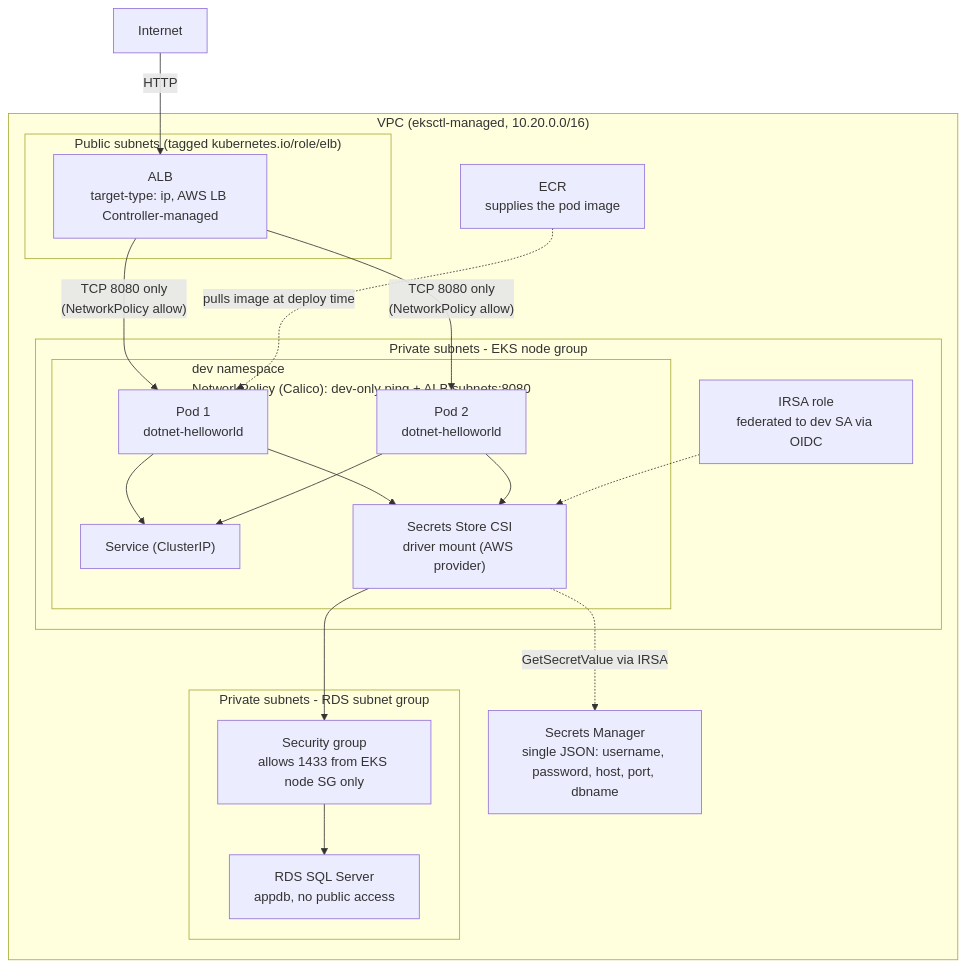
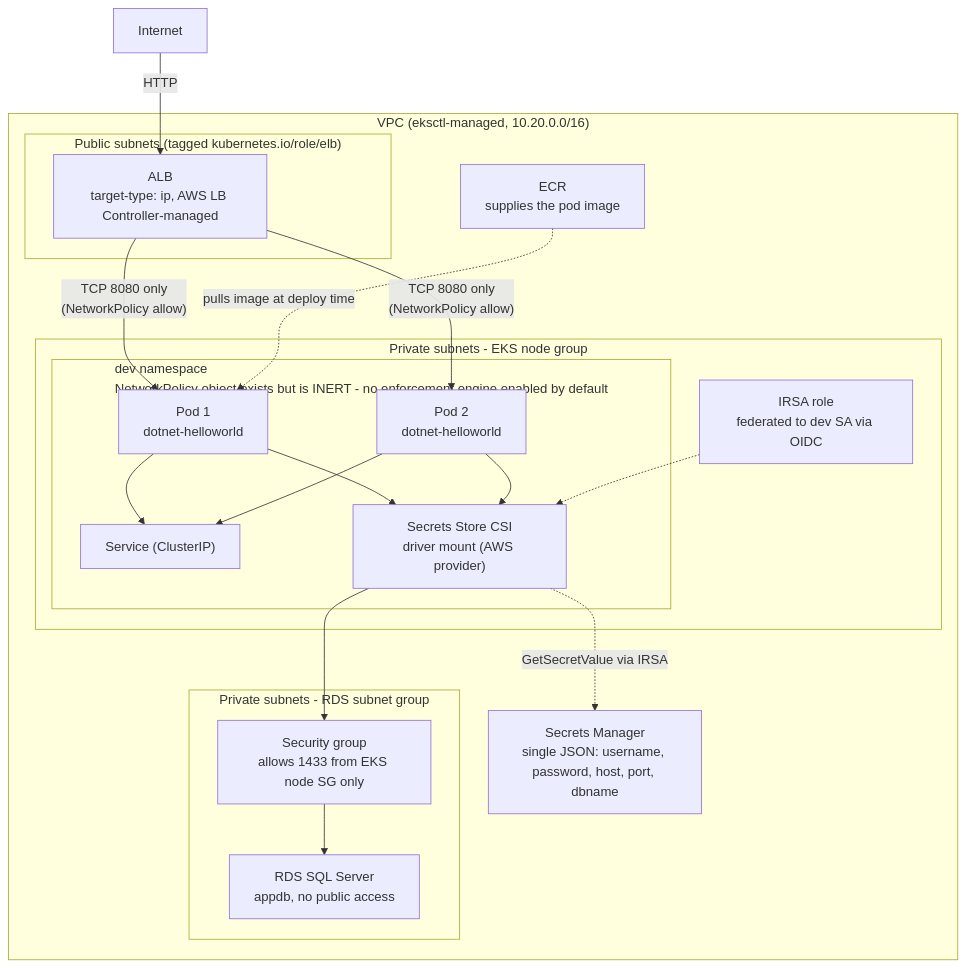
Before and after one commit to mridulsingh8390/K8S-LAB-Script: the diagram in eks-lab/README.md, drawn with Mermaid. The commit also changed other lines of this file and 6 other files, not shown here.

````diff
--- a/eks-lab/README.md
+++ b/eks-lab/README.md
@@ -23,41 +23,41 @@
 ```mermaid
 flowchart TB
     Internet["Internet"]
 
     subgraph VPC["VPC (eksctl-managed, 10.20.0.0/16)"]
         subgraph PUBLIC_SUBNETS["Public subnets (tagged kubernetes.io/role/elb)"]
             ALB["ALB<br/>target-type: ip, AWS LB Controller-managed"]
         end
 
         subgraph PRIVATE_SUBNETS_EKS["Private subnets - EKS node group"]
-            subgraph DEV_NS["dev namespace<br/>NetworkPolicy (Calico): dev-only ping + ALB subnets:8080"]
+            subgraph DEV_NS["dev namespace<br/>NetworkPolicy object exists but is INERT - no enforcement engine enabled by default"]
                 POD1["Pod 1<br/>dotnet-helloworld"]
                 POD2["Pod 2<br/>dotnet-helloworld"]
                 SVC["Service (ClusterIP)"]
                 CSI["Secrets Store CSI<br/>driver mount (AWS provider)"]
             end
             IRSA["IRSA role<br/>federated to dev SA via OIDC"]
         end
 
         subgraph PRIVATE_SUBNETS_RDS["Private subnets - RDS subnet group"]
             SG["Security group<br/>allows 1433 from EKS node SG only"]
             RDS["RDS SQL Server<br/>appdb, no public access"]
         end
 
         SM["Secrets Manager<br/>single JSON: username, password, host, port, dbname"]
         ECR["ECR<br/>supplies the pod image"]
     end
 
     Internet -->|HTTP| ALB
     ALB -->|"TCP 8080 only<br/>(NetworkPolicy allow)"| POD1
     ALB -->|"TCP 8080 only<br/>(NetworkPolicy allow)"| POD2
     POD1 --> SVC
     POD2 --> SVC
     POD1 --> CSI
     POD2 --> CSI
     CSI -.->|GetSecretValue via IRSA| SM
     IRSA -.-> CSI
     CSI --> SG
     SG --> RDS
     ECR -.->|pulls image at deploy time| POD1
 ```
````
